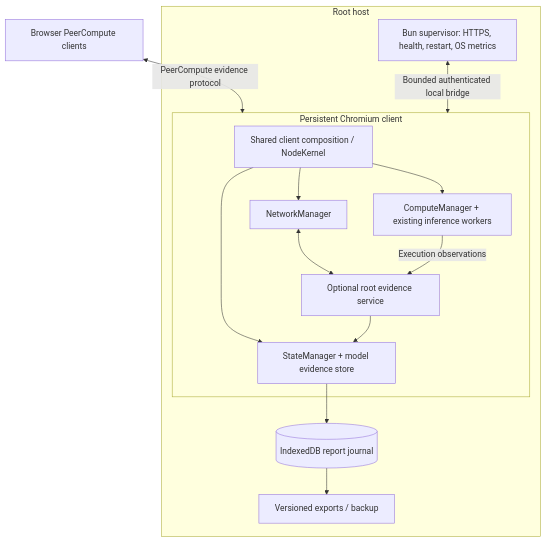
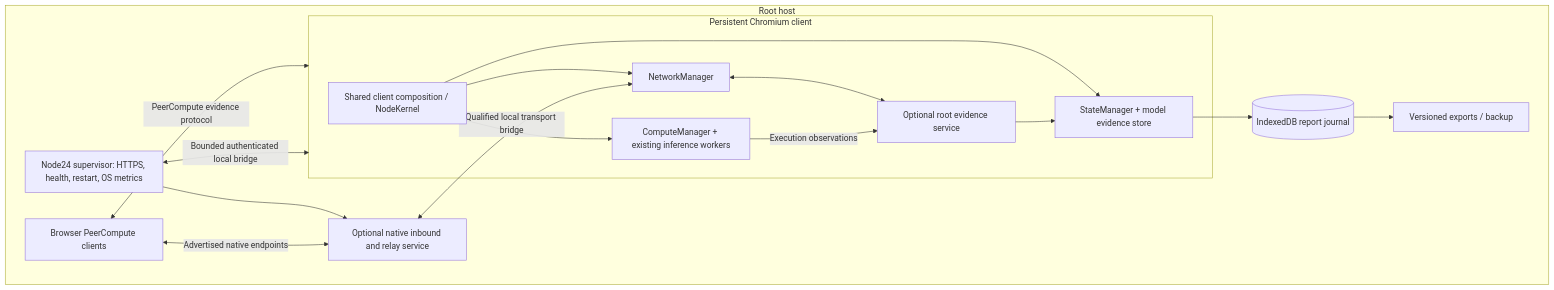
The diagram in plan/root-node-runtime-model-evidence.md (MetaverseJS/peercompute), drawn with Mermaid before and after one commit. The commit also changed other lines of this file and 6 other files, not shown here.

````diff
--- a/plan/root-node-runtime-model-evidence.md
+++ b/plan/root-node-runtime-model-evidence.md
@@ -215,23 +281,27 @@
 ```mermaid
 flowchart TB
   peers[Browser PeerCompute clients] <-->|PeerCompute evidence protocol| root
   subgraph host[Root host]
-    supervisor[Bun supervisor: HTTPS, health, restart, OS metrics]
+    supervisor[Node24 supervisor: HTTPS, health, restart, OS metrics]
+    transport[Optional native inbound and relay service]
     subgraph root[Persistent Chromium client]
       kernel[Shared client composition / NodeKernel]
       network[NetworkManager]
       state[StateManager + model evidence store]
       compute[ComputeManager + existing inference workers]
       registry[Optional root evidence service]
       kernel --> network
       kernel --> state
       kernel --> compute
       registry --> state
       network <--> registry
       compute -->|Execution observations| registry
     end
     supervisor <-->|Bounded authenticated local bridge| root
+    supervisor --> transport
+    peers <-->|Advertised native endpoints| transport
+    transport <-->|Qualified local transport bridge| network
     state --> journal[(IndexedDB report journal)]
     journal --> backups[Versioned exports / backup]
   end
 ```
````
